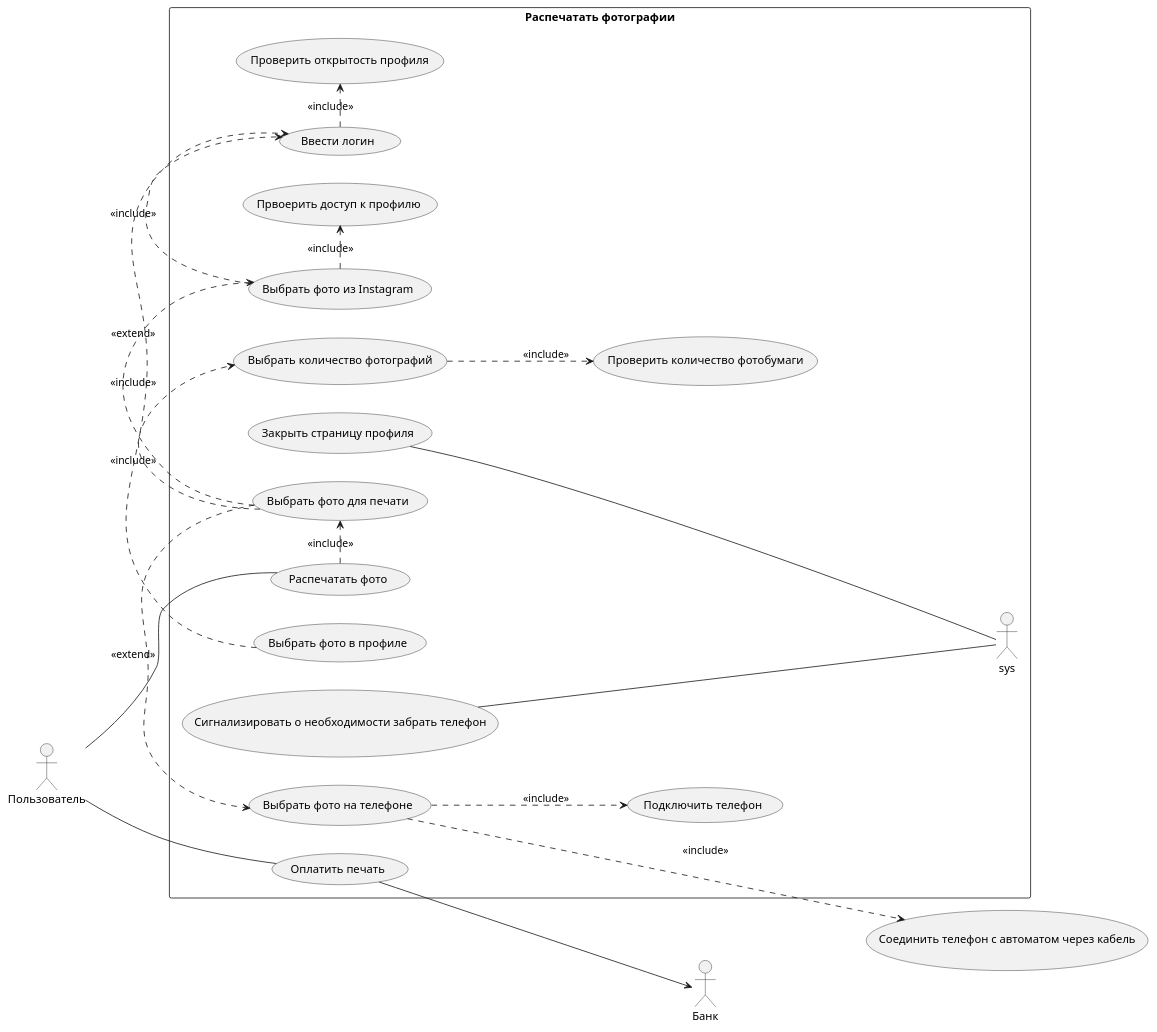
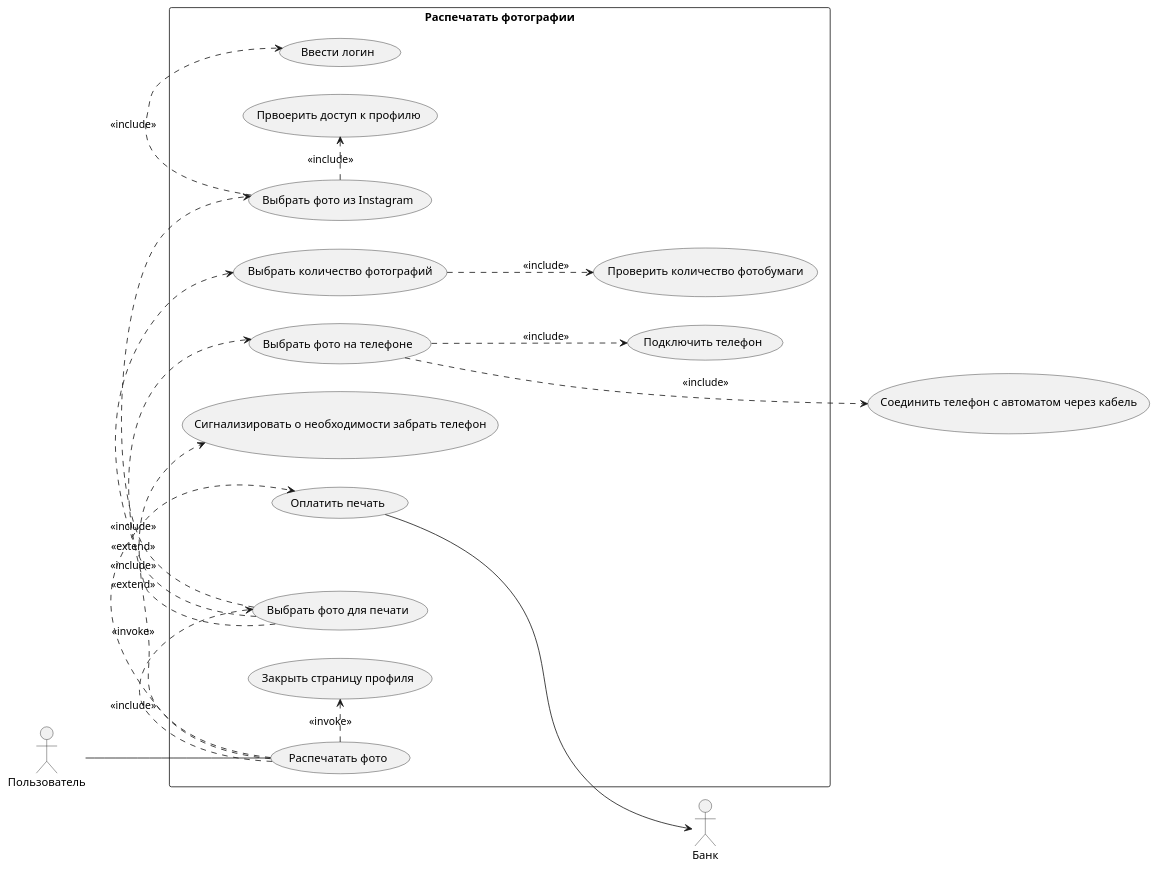
The diagram in Notes/Системная аналитика/Курсы от нетологии/Раздел 3. Анализ требований/Итоговая работа по модулю.md (PopkovAYu/Notes), drawn with PlantUML before and after one commit.

Commit message:
vault backup: 2024-04-30 15:47:33
Affected files:
Notes/Системная аналитика/Курсы от нетологии/Раздел 3. Анализ требований/Итоговая работа по модулю.md

````diff
--- a/Notes/Системная аналитика/Курсы от нетологии/Раздел 3. Анализ требований/Итоговая работа по модулю.md
+++ b/Notes/Системная аналитика/Курсы от нетологии/Раздел 3. Анализ требований/Итоговая работа по модулю.md
@@ -78,27 +78,25 @@
 ```plantuml
 @startuml
 actor Пользователь as user
 actor Банк as bank
 
 rectangle "Распечатать фотографии" {
 	left to right direction
-	user -- (Распечатать фото)
 	(Распечатать фото) .> (Выбрать фото для печати) : <<include>>
 	(Выбрать фото для печати) .> (Выбрать фото из Instagram) : <<extend>>
 	(Выбрать фото из Instagram) .> (Ввести логин) : <<include>>
 	(Выбрать фото из Instagram) .> (Првоерить доступ к профилю) : <<include>>
 	(Выбрать фото для печати) .> (Выбрать фото на телефоне) : <<extend>>
 	(Выбрать фото на телефоне) ..> (Подключить телефон) : <<include>>
 	(Выбрать фото для печати) .> (Выбрать количество фотографий) : <<include>>
 	(Выбрать количество фотографий) ..> (Проверить количество фотобумаги) : <<include>>
-	(Выбрать фото в профиле) .> (Ввести логин) : <<include>>
-	(Ввести логин) .> (Проверить открытость профиля) : <<include>>
-	user - (Оплатить печать)
+	user -- (Распечатать фото)
+	(Распечатать фото) .> (Оплатить печать) : <<include>>
 	(Оплатить печать) --> bank
-	(Закрыть страницу профиля) --- sys 
-	(Сигнализировать о необходимости забрать телефон) --- sys
+	(Распечатать фото) .> (Закрыть страницу профиля) : <<invoke>> 
+	(Распечатать фото) .> (Сигнализировать о необходимости забрать телефон) : <<invoke>>
 }
 
 (Выбрать фото на телефоне) ...> (Соединить телефон с автоматом через кабель) : <<include>>
 @enduml
 ```
````
